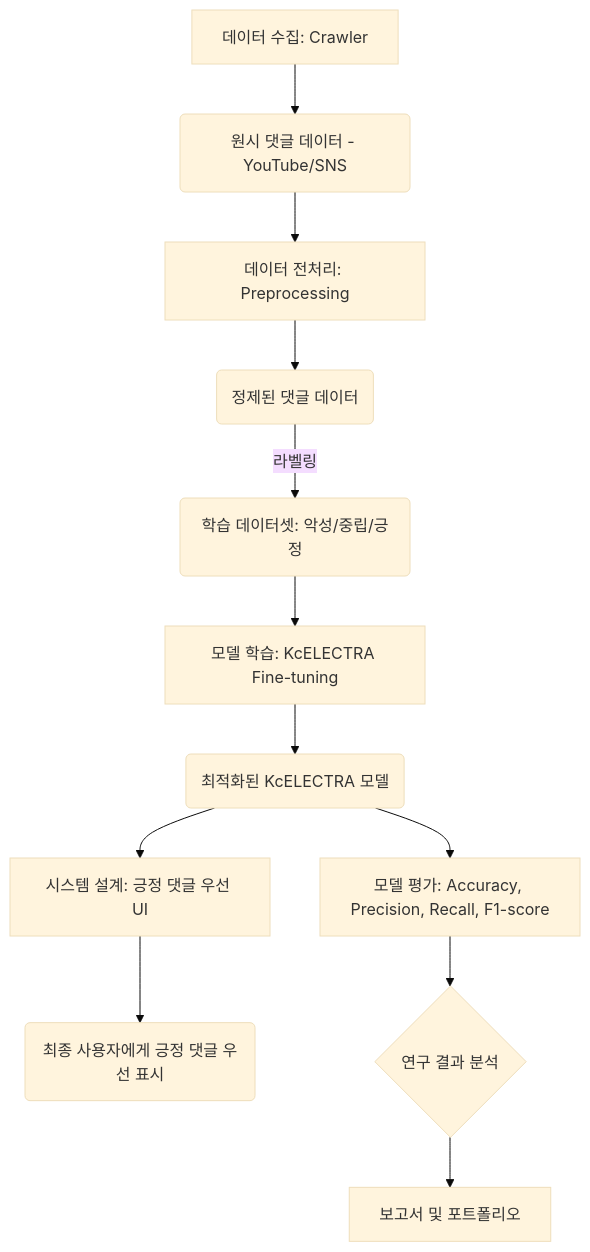
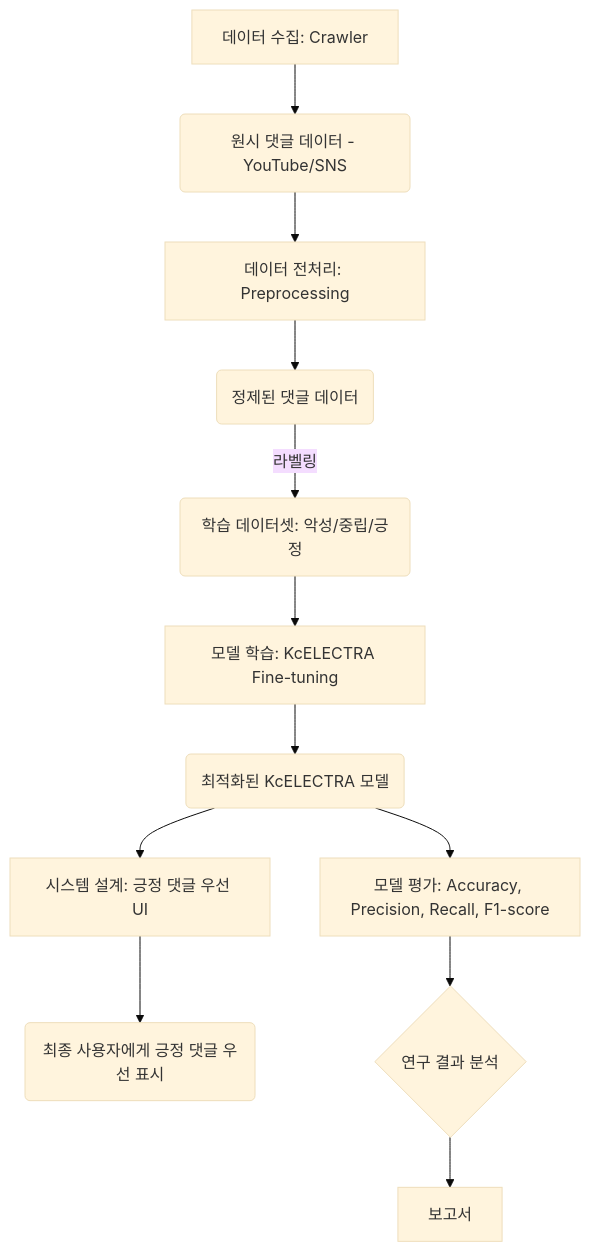
One commit to hyunyoungDA/KcELECTRA-fine-tuning changed the diagram in README.md. Above: the diagram before and after it, drawn with Mermaid (base theme).

````diff
--- a/README.md
+++ b/README.md
@@ -26,14 +26,14 @@
 ```mermaid
 graph TD
     A[데이터 수집: Crawler] --> B(원시 댓글 데이터 - YouTube/SNS)
     B --> C[데이터 전처리: Preprocessing]
     C --> D(정제된 댓글 데이터)
     D -- 라벨링 --> E(학습 데이터셋: 악성/중립/긍정)
     E --> F[모델 학습: KcELECTRA Fine-tuning]
     F --> G(최적화된 KcELECTRA 모델)
     G --> H[모델 평가: Accuracy, Precision, Recall, F1-score]
     G --> I[시스템 설계: 긍정 댓글 우선 UI]
     I --> J(최종 사용자에게 긍정 댓글 우선 표시)
     H --> K{연구 결과 분석}
-    K --> L[보고서 및 포트폴리오]
+    K --> L[보고서]
 ```
````
